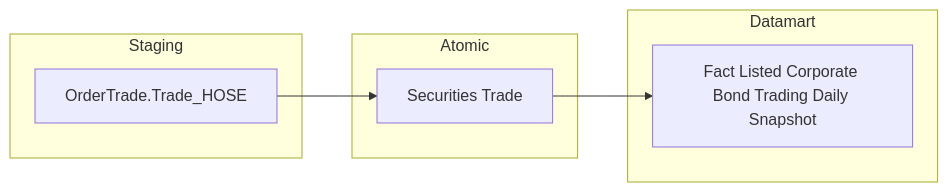
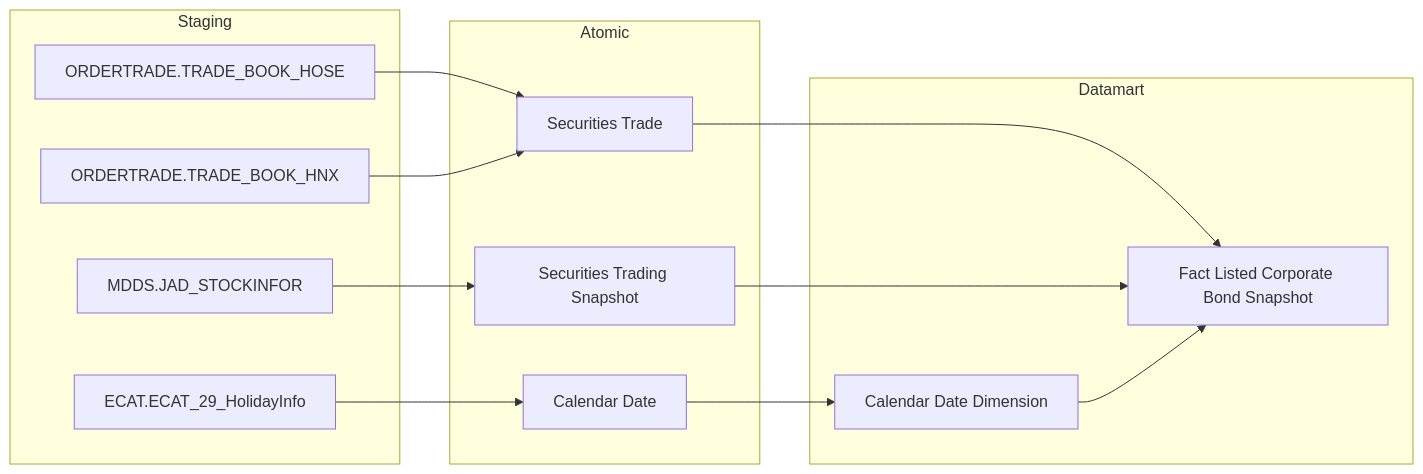
The fourth of 22 diagrams in Datamart/hld/DTM_VP_HLD.md (linhlvit/ubck_atomic_design), drawn with Mermaid before and after one commit. The commit also changed other lines of this file and 14 other files, not shown here.

````diff
--- a/Datamart/hld/DTM_VP_HLD.md
+++ b/Datamart/hld/DTM_VP_HLD.md
@@ -90,14 +94,26 @@
 ```mermaid
 flowchart LR
     subgraph SRC["Staging"]
-        S2[OrderTrade.Trade_HOSE]
+        ORDERTRADE_TRADE_BOOK_HOSE4["ORDERTRADE.TRADE_BOOK_HOSE"]
+        ORDERTRADE_TRADE_BOOK_HNX4["ORDERTRADE.TRADE_BOOK_HNX"]
+        MDDS_JAD_STOCKINFOR4["MDDS.JAD_STOCKINFOR"]
+        ECAT_ECAT_29_HolidayInfo4["ECAT.ECAT_29_HolidayInfo"]
     end
     subgraph SIL["Atomic"]
-        A2[Securities Trade]
+        Securities_Trade4["Securities Trade"]
+        Securities_Trading_Snapshot4["Securities Trading Snapshot"]
+        Calendar_Date4["Calendar Date"]
     end
     subgraph GOLD["Datamart"]
-        F4[Fact Listed Corporate Bond Trading Daily Snapshot]
+        fct_lst_crp_bnd_snpst["Fact Listed Corporate Bond Snapshot"]
+        cdr_dt_dim4["Calendar Date Dimension"]
     end
-    S2 --> A2
-    A2 --> F4
+    ORDERTRADE_TRADE_BOOK_HOSE4 --> Securities_Trade4
+    ORDERTRADE_TRADE_BOOK_HNX4 --> Securities_Trade4
+    MDDS_JAD_STOCKINFOR4 --> Securities_Trading_Snapshot4
+    ECAT_ECAT_29_HolidayInfo4 --> Calendar_Date4
+    Securities_Trade4 --> fct_lst_crp_bnd_snpst
+    Securities_Trading_Snapshot4 --> fct_lst_crp_bnd_snpst
+    Calendar_Date4 --> cdr_dt_dim4
+    cdr_dt_dim4 --> fct_lst_crp_bnd_snpst
 ```
````
